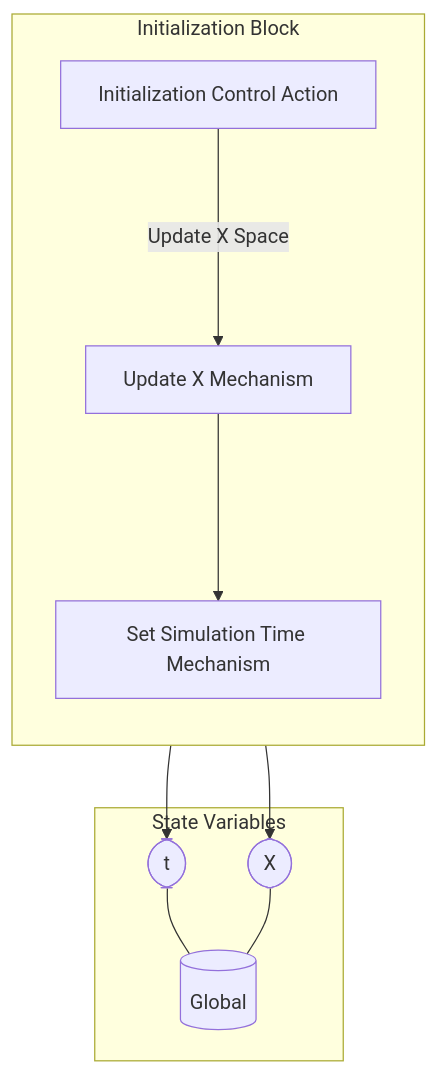
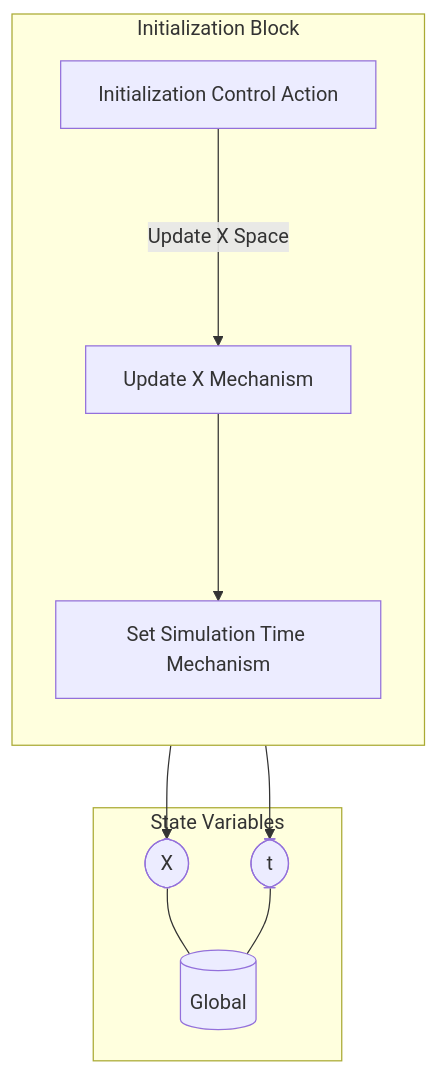
One commit to SeanMcOwen/Root-Finding-Simulation changed the diagram in MSML/reports/Markdown/Wiring/Initialization Block.md. Above: the diagram before and after it, drawn with Mermaid. The commit also changed other lines of this file and 17 other files, not shown here.

````diff
--- a/MSML/reports/Markdown/Wiring/Initialization Block.md
+++ b/MSML/reports/Markdown/Wiring/Initialization Block.md
@@ -3,22 +3,22 @@
 ```mermaid
 graph TB
 
 subgraph SVS["State Variables"]
 EE0[("Global")]
-EES0(["t"])
+EES0(["X"])
 EES0 --- EE0
-EES1(["X"])
+EES1(["t"])
 EES1 --- EE0
 end
 
 subgraph X4["Initialization Block"]
 direction TB
 X1["Initialization Control Action"]
 X2["Update X Mechanism"]
-X2 --> EES1
+X2 --> EES0
 X3["Set Simulation Time Mechanism"]
-X3 --> EES0
+X3 --> EES1
 X1--"Update X Space"--->X2
 X2--->X3
 end
 ```
````
